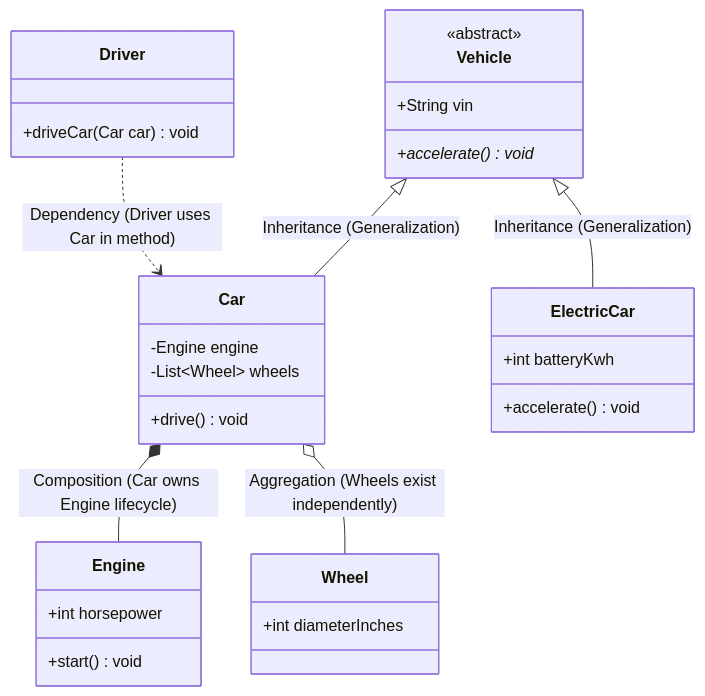
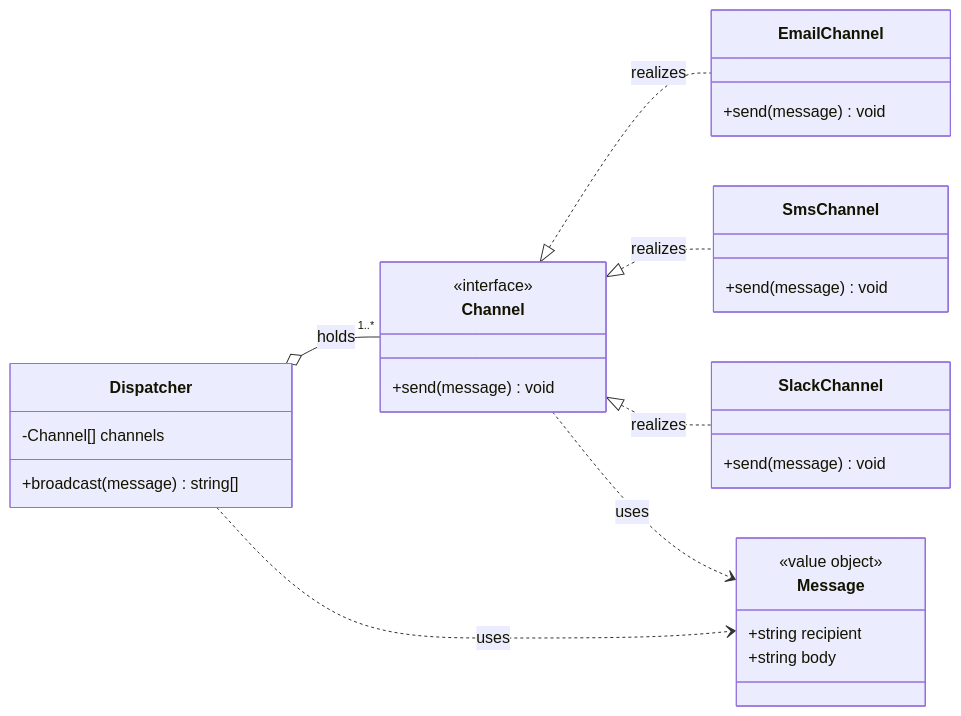
Before and after one commit to TapanKumarBarik/Backend-roadmap: the first of 2 diagrams in content/lld/02-oop-foundations-and-uml/README.md, drawn with Mermaid. The commit also changed other lines of this file and 68 other files, not shown here.

````diff
--- a/content/lld/02-oop-foundations-and-uml/README.md
+++ b/content/lld/02-oop-foundations-and-uml/README.md
@@ -16,40 +30,32 @@
 ```mermaid
 classDiagram
-    direction TD
-
-    class Engine {
-        +int horsepower
-        +start() void
-    }
-
-    class Wheel {
-        +int diameterInches
-    }
-
-    class Car {
-        -Engine engine
-        -List~Wheel~ wheels
-        +drive() void
-    }
-
-    class Driver {
-        +driveCar(Car car) void
-    }
-
-    class Vehicle {
-        <<abstract>>
-        +String vin
-        +accelerate()* void
-    }
-
-    class ElectricCar {
-        +int batteryKwh
-        +accelerate() void
-    }
-
-    Vehicle <|-- Car : Inheritance (Generalization)
-    Vehicle <|-- ElectricCar : Inheritance (Generalization)
-    Car *-- Engine : Composition (Car owns Engine lifecycle)
-    Car o-- Wheel : Aggregation (Wheels exist independently)
-    Driver ..> Car : Dependency (Driver uses Car in method)
+  direction LR
+  class Channel {
+    <<interface>>
+    +send(message) void
+  }
+  class EmailChannel {
+    +send(message) void
+  }
+  class SmsChannel {
+    +send(message) void
+  }
+  class SlackChannel {
+    +send(message) void
+  }
+  class Dispatcher {
+    -Channel[] channels
+    +broadcast(message) string[]
+  }
+  class Message {
+    <<value object>>
+    +string recipient
+    +string body
+  }
+  Channel <|.. EmailChannel : realizes
+  Channel <|.. SmsChannel : realizes
+  Channel <|.. SlackChannel : realizes
+  Dispatcher o-- "1..*" Channel : holds
+  Dispatcher ..> Message : uses
+  Channel ..> Message : uses
 ```
````
